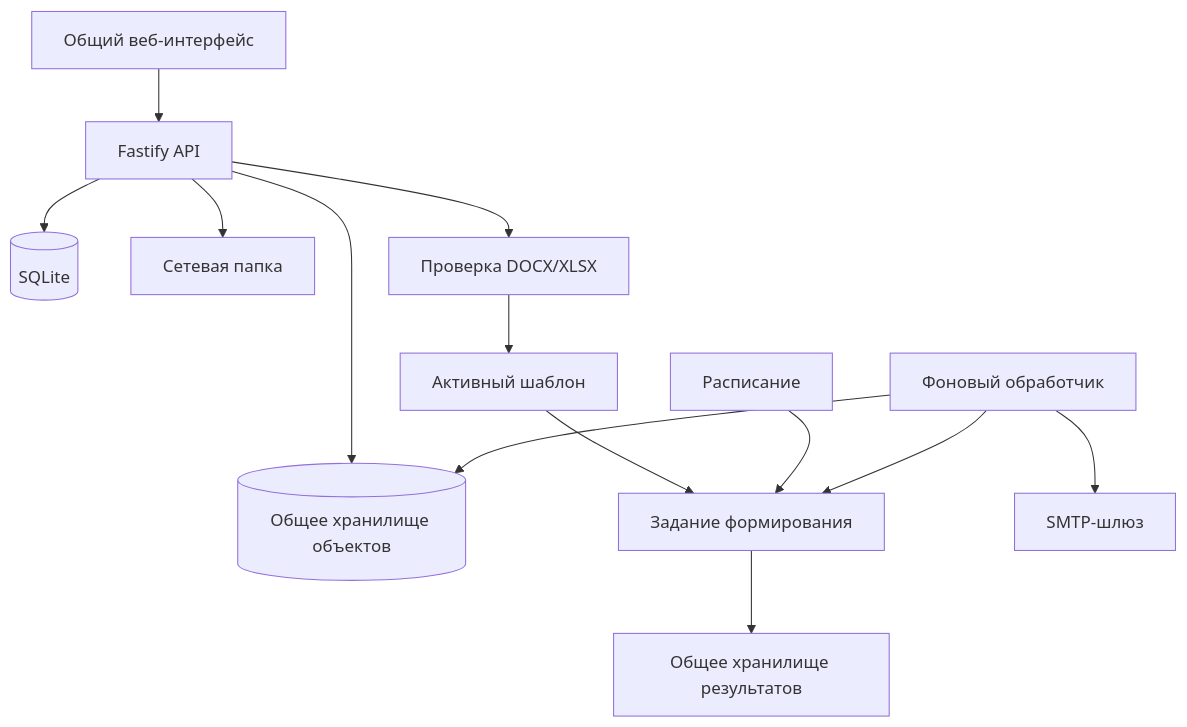
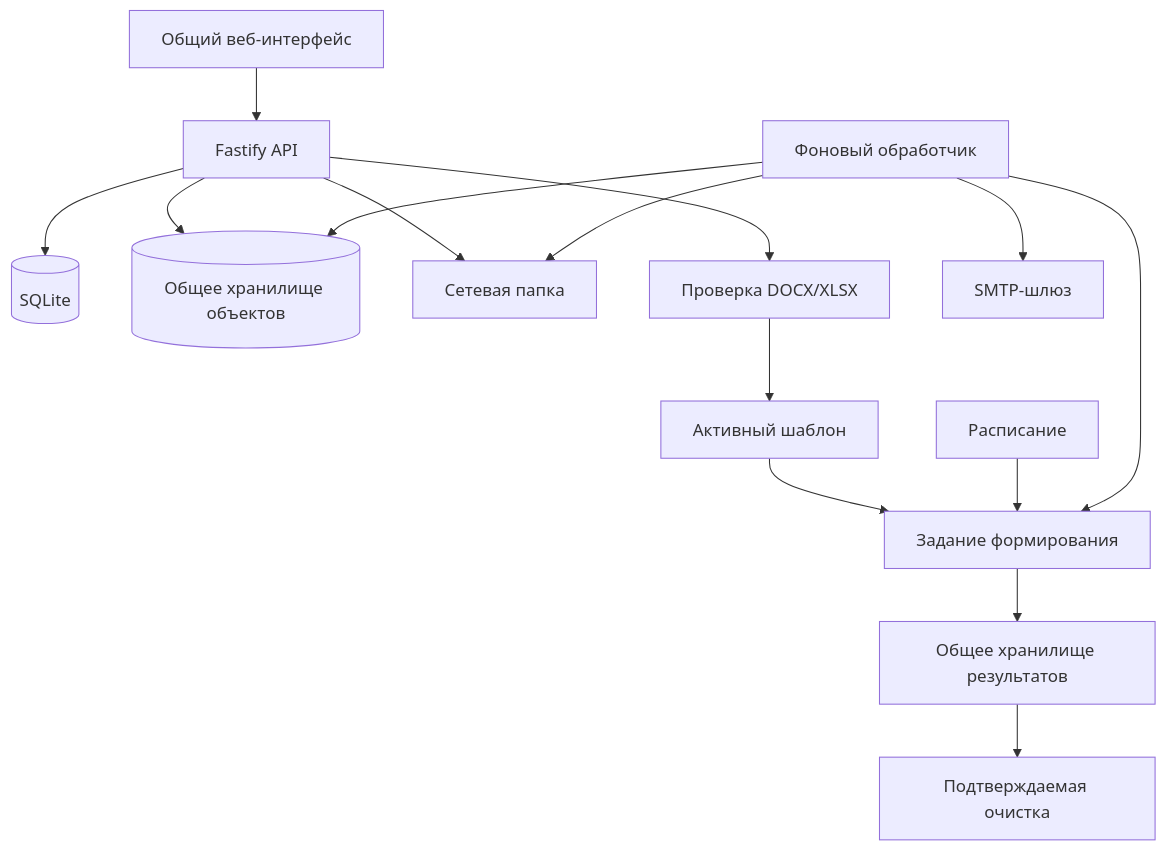
One commit to f2re/docomator changed the diagram in README.md. Above: the diagram before and after it, drawn with Mermaid. The commit also changed other lines of this file, not shown here.

````diff
--- a/README.md
+++ b/README.md
@@ -164,15 +166,17 @@
 ```mermaid
 flowchart TB
     UI[Общий веб-интерфейс] --> API[Fastify API]
     API --> DB[(SQLite)]
     API --> OBJECTS[(Общее хранилище объектов)]
     API --> SHARE[Сетевая папка]
     API --> INTAKE[Проверка DOCX/XLSX]
     INTAKE --> RELEASE[Активный шаблон]
     RELEASE --> JOB[Задание формирования]
     SCHEDULE[Расписание] --> JOB
     WORKER[Фоновый обработчик] --> JOB
     WORKER --> OBJECTS
     WORKER --> SMTP[SMTP-шлюз]
+    WORKER --> SHARE
     JOB --> RESULTS[Общее хранилище результатов]
+    RESULTS --> CLEANUP[Подтверждаемая очистка]
 ```
````
